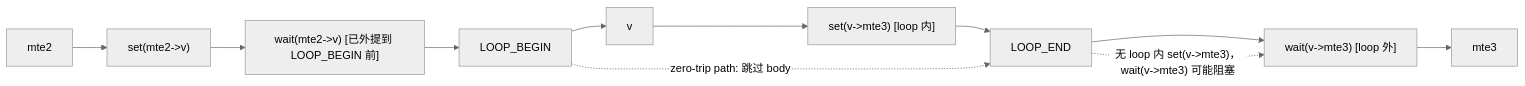
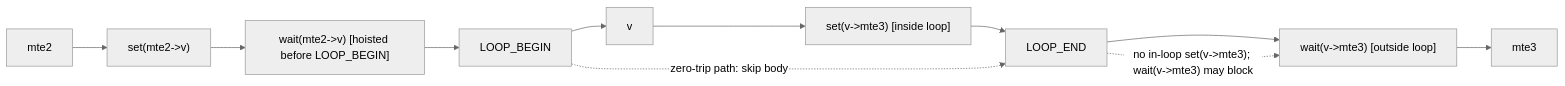
One commit to afshinarefi/PTOAS_Markham changed the fifth of 8 diagrams in docs/designs/ptoas-auto-sync-design.md. Above: the diagram before and after it, drawn with Mermaid (neutral theme). The commit also changed other lines of this file and 20 other files, not shown here.

````diff
--- a/docs/designs/ptoas-auto-sync-design.md
+++ b/docs/designs/ptoas-auto-sync-design.md
@@ -639,16 +562,16 @@
 ```mermaid
 flowchart LR
   M2["mte2"]
   S12["set(mte2->v)"]
-  W12["wait(mte2->v) [已外提到 LOOP_BEGIN 前]"]
+  W12["wait(mte2->v) [hoisted before LOOP_BEGIN]"]
   LB["LOOP_BEGIN"]
   V["v"]
-  S23["set(v->mte3) [loop 内]"]
+  S23["set(v->mte3) [inside loop]"]
   LE["LOOP_END"]
-  W23["wait(v->mte3) [loop 外]"]
+  W23["wait(v->mte3) [outside loop]"]
   M3["mte3"]
 
   M2 --> S12 --> W12 --> LB --> V --> S23 --> LE --> W23 --> M3
-  LB -. "zero-trip path: 跳过 body" .-> LE
-  LE -. "无 loop 内 set(v->mte3)，wait(v->mte3) 可能阻塞" .-> W23
+  LB -. "zero-trip path: skip body" .-> LE
+  LE -. "no in-loop set(v->mte3); wait(v->mte3) may block" .-> W23
 ```
````
